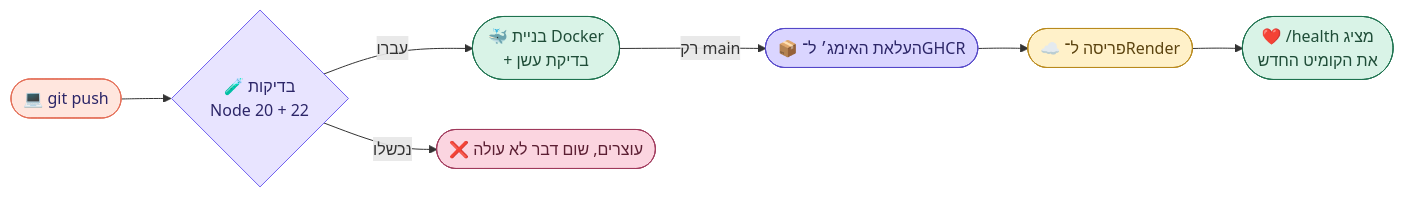
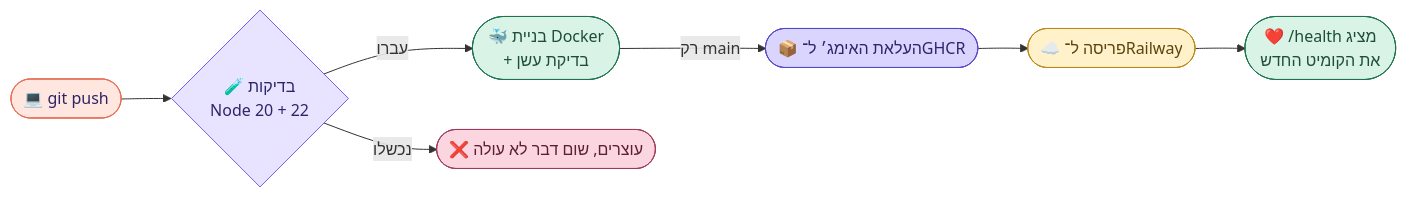
Before and after one commit to NoyaAdivi/evenly: the diagram in README.he.md, drawn with Mermaid. The commit also changed other lines of this file and 4 other files, not shown here.

````diff
--- a/README.he.md
+++ b/README.he.md
@@ -104,16 +82,16 @@
 ```mermaid
 flowchart LR
   A([💻 git push]) --> B{🧪 בדיקות<br/>Node 20 + 22}
   B -->|עברו| C([🐳 בניית Docker<br/>+ בדיקת עשן])
   B -->|נכשלו| X([❌ עוצרים, שום דבר לא עולה])
   C -->|רק main| D([📦 העלאת האימג׳ ל־GHCR])
-  D --> E([☁️ פריסה ל־Render])
+  D --> E([☁️ פריסה ל־Railway])
   E --> F([❤️ /health מציג<br/>את הקומיט החדש])
   style A fill:#FFE6DE,stroke:#E36E57,color:#2C2668
   style B fill:#E8E4FF,stroke:#6F60F0,color:#2C2668
   style C fill:#D9F3E7,stroke:#1F7350,color:#1F4D38
   style X fill:#FBD5E0,stroke:#A03A5C,color:#5C1F33
   style D fill:#DAD5FF,stroke:#5548C8,color:#2C2668
   style E fill:#FFF1C9,stroke:#B98A1E,color:#5C4410
   style F fill:#D9F3E7,stroke:#1F7350,color:#1F4D38
 ```
````
